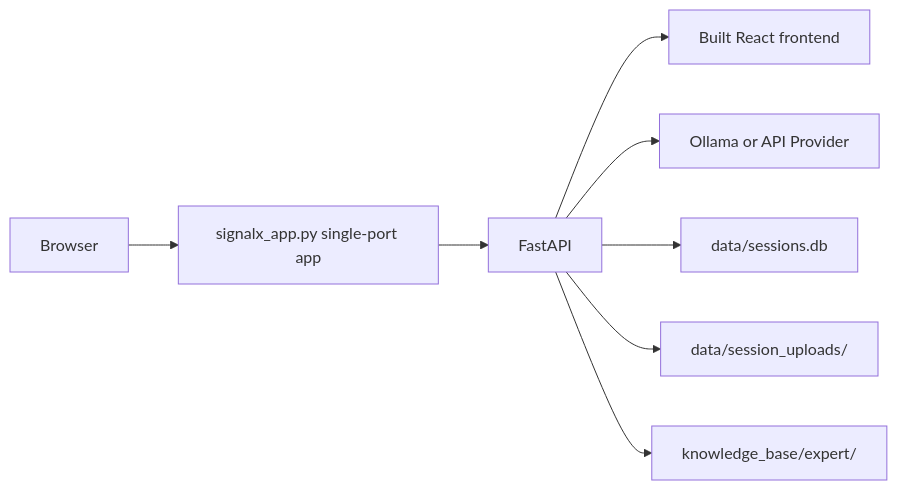
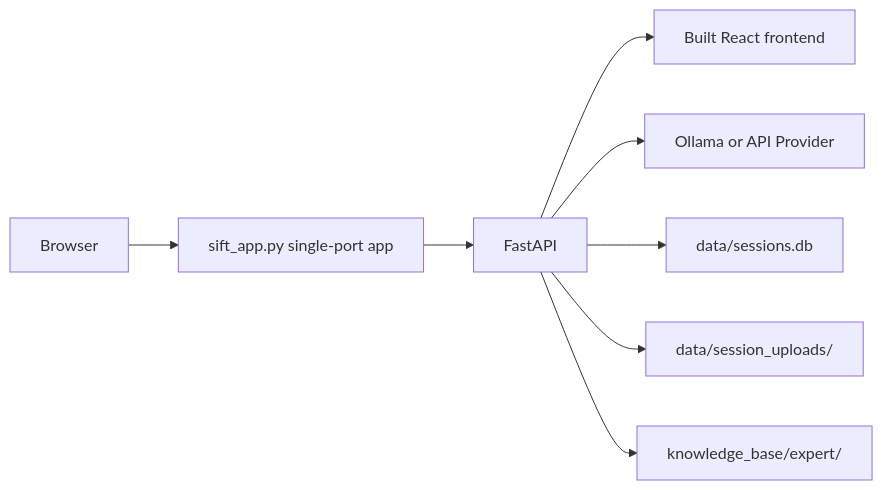
The second of 9 diagrams in docs/PLATFORM_OVERVIEW.md (saimihirj/Sift), drawn with Mermaid before and after one commit. The commit also changed other lines of this file and 43 other files, not shown here.

````diff
--- a/docs/PLATFORM_OVERVIEW.md
+++ b/docs/PLATFORM_OVERVIEW.md
@@ -164,10 +164,10 @@
 ```mermaid
 flowchart LR
-    B["Browser"] --> APP["signalx_app.py single-port app"]
+    B["Browser"] --> APP["sift_app.py single-port app"]
     APP --> FAST["FastAPI"]
     FAST --> DIST["Built React frontend"]
     FAST --> MODEL["Ollama or API Provider"]
     FAST --> SQL["data/sessions.db"]
     FAST --> UPL["data/session_uploads/"]
     FAST --> KB["knowledge_base/expert/"]
 ```
````
